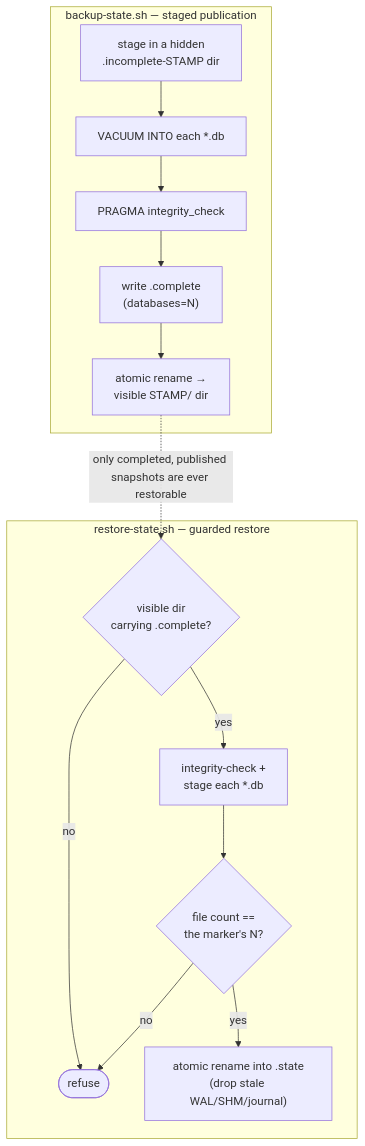
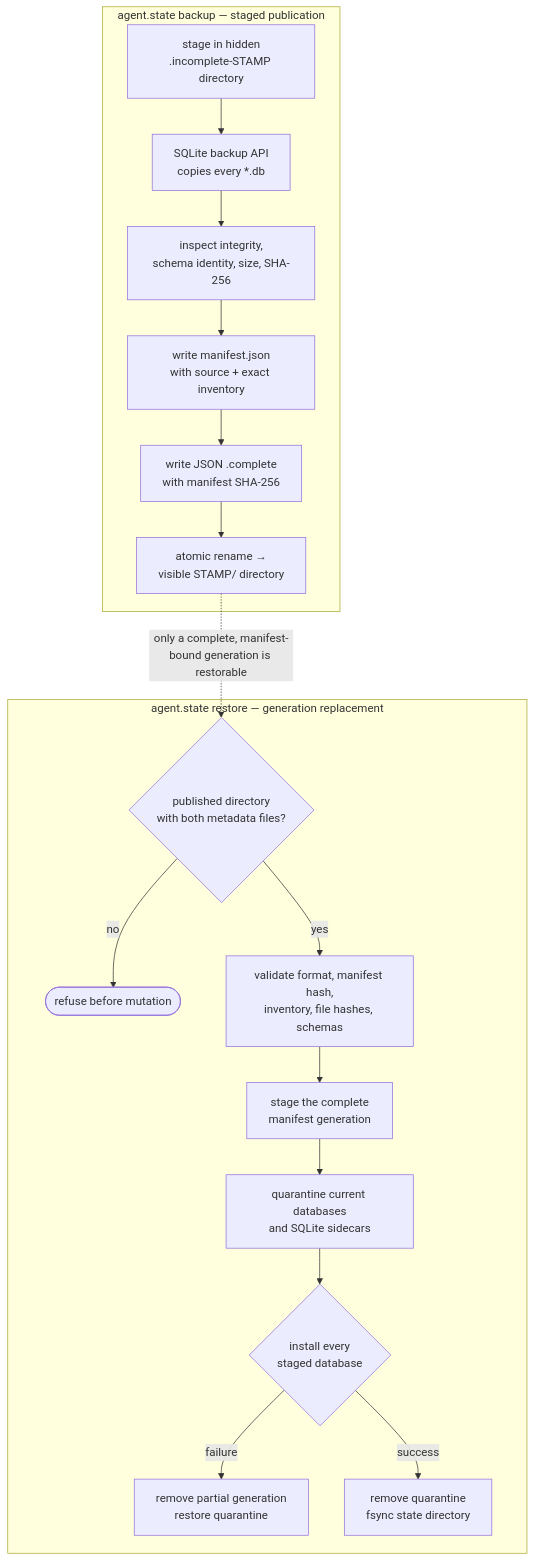
One commit to LuiGGi629/agentops-open-course changed the diagram in docs/6. Platform/6.6. Platform Delivery.md. Above: the diagram before and after it, drawn with Mermaid. The commit also changed other lines of this file and 160 other files, not shown here.

````diff
--- a/docs/6. Platform/6.6. Platform Delivery.md
+++ b/docs/6. Platform/6.6. Platform Delivery.md
@@ -32,17 +32,20 @@
 ```mermaid
 flowchart TD
-    subgraph Backup["backup-state.sh — staged publication"]
-        B1["stage in a hidden<br/>.incomplete-STAMP dir"] --> B2["VACUUM INTO each *.db"]
-        B2 --> B3["PRAGMA integrity_check"]
-        B3 --> B4["write .complete<br/>(databases=N)"]
-        B4 --> B5["atomic rename →<br/>visible STAMP/ dir"]
+    subgraph Backup["agent.state backup — staged publication"]
+        B1["stage in hidden<br/>.incomplete-STAMP directory"] --> B2["SQLite backup API<br/>copies every *.db"]
+        B2 --> B3["inspect integrity,<br/>schema identity, size, SHA-256"]
+        B3 --> B4["write manifest.json<br/>with source + exact inventory"]
+        B4 --> B5["write JSON .complete<br/>with manifest SHA-256"]
+        B5 --> B6["atomic rename →<br/>visible STAMP/ directory"]
     end
-    subgraph Restore["restore-state.sh — guarded restore"]
-        R1{"visible dir<br/>carrying .complete?"} -->|no| RX(["refuse"])
-        R1 -->|yes| R2["integrity-check +<br/>stage each *.db"]
-        R2 --> R3{"file count ==<br/>the marker's N?"}
-        R3 -->|no| RX
-        R3 -->|yes| R4["atomic rename into .state<br/>(drop stale WAL/SHM/journal)"]
+    subgraph Restore["agent.state restore — generation replacement"]
+        R1{"published directory<br/>with both metadata files?"} -->|no| RX(["refuse before mutation"])
+        R1 -->|yes| R2["validate format, manifest hash,<br/>inventory, file hashes, schemas"]
+        R2 --> R3["stage the complete<br/>manifest generation"]
+        R3 --> R4["quarantine current databases<br/>and SQLite sidecars"]
+        R4 --> R5{"install every<br/>staged database"}
+        R5 -->|failure| R6["remove partial generation<br/>restore quarantine"]
+        R5 -->|success| R7["remove quarantine<br/>fsync state directory"]
     end
-    B5 -. "only completed, published snapshots are ever restorable" .-> R1
+    B6 -. "only a complete, manifest-bound generation is restorable" .-> R1
 ```
````
